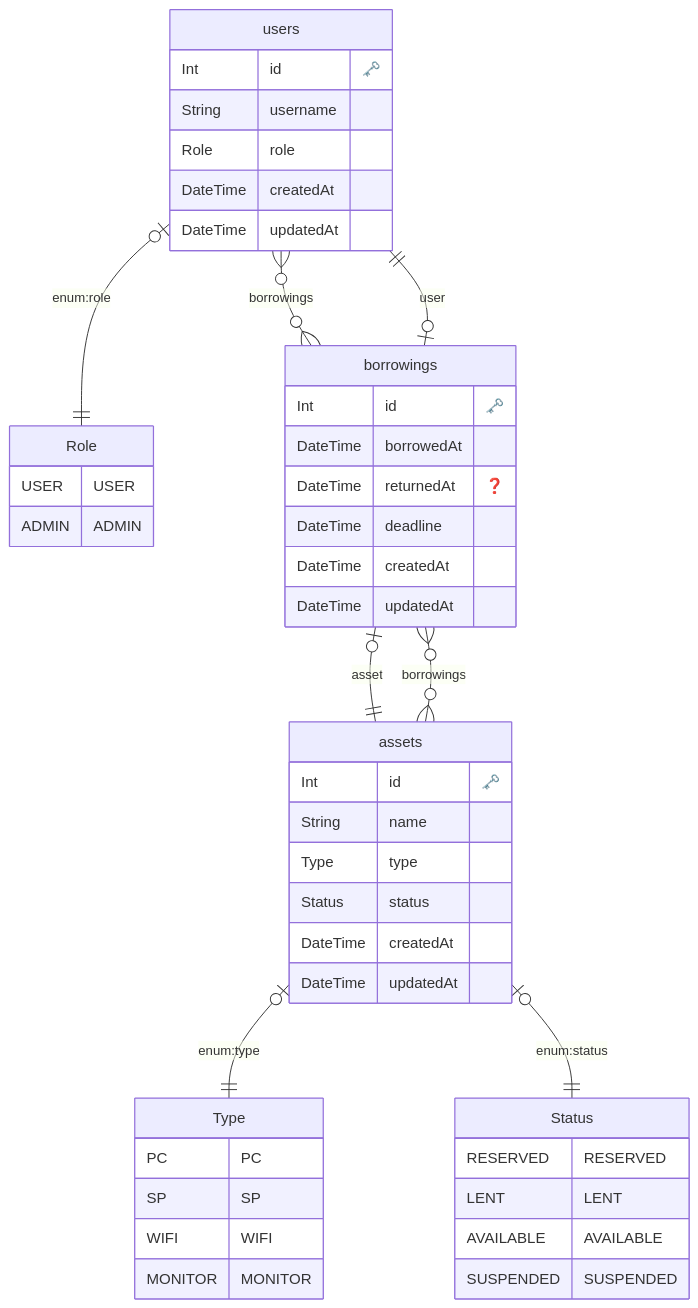
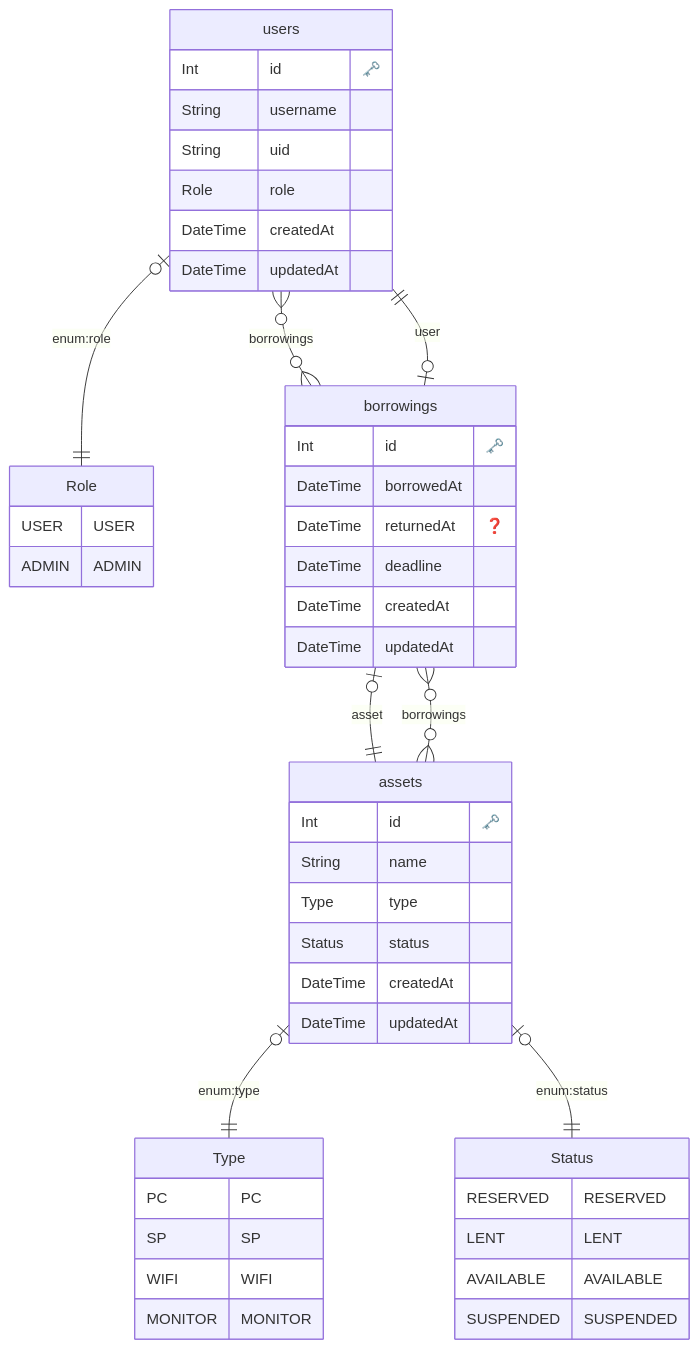
One commit to Yuki-Maeda-valour/asset-manager changed the diagram in src/prisma/scheme.md. Above: the diagram before and after it, drawn with Mermaid. The commit also changed 6 other files, not shown here.

````diff
--- a/src/prisma/scheme.md
+++ b/src/prisma/scheme.md
@@ -1,62 +1,63 @@
 ```mermaid
 erDiagram
 
         Status {
             RESERVED RESERVED
 LENT LENT
 AVAILABLE AVAILABLE
 SUSPENDED SUSPENDED
         }
     
 
 
         Role {
             USER USER
 ADMIN ADMIN
         }
     
 
 
         Type {
             PC PC
 SP SP
 WIFI WIFI
 MONITOR MONITOR
         }
     
   "users" {
     Int id "🗝️"
     String username 
+    String uid 
     Role role 
     DateTime createdAt 
     DateTime updatedAt 
     }
   
 
   "assets" {
     Int id "🗝️"
     String name 
     Type type 
     Status status 
     DateTime createdAt 
     DateTime updatedAt 
     }
   
 
   "borrowings" {
     Int id "🗝️"
     DateTime borrowedAt 
     DateTime returnedAt "❓"
     DateTime deadline 
     DateTime createdAt 
     DateTime updatedAt 
     }
   
     "users" o|--|| "Role" : "enum:role"
     "users" o{--}o "borrowings" : "borrowings"
     "assets" o|--|| "Type" : "enum:type"
     "assets" o|--|| "Status" : "enum:status"
     "assets" o{--}o "borrowings" : "borrowings"
     "borrowings" o|--|| "users" : "user"
     "borrowings" o|--|| "assets" : "asset"
 ```
````
